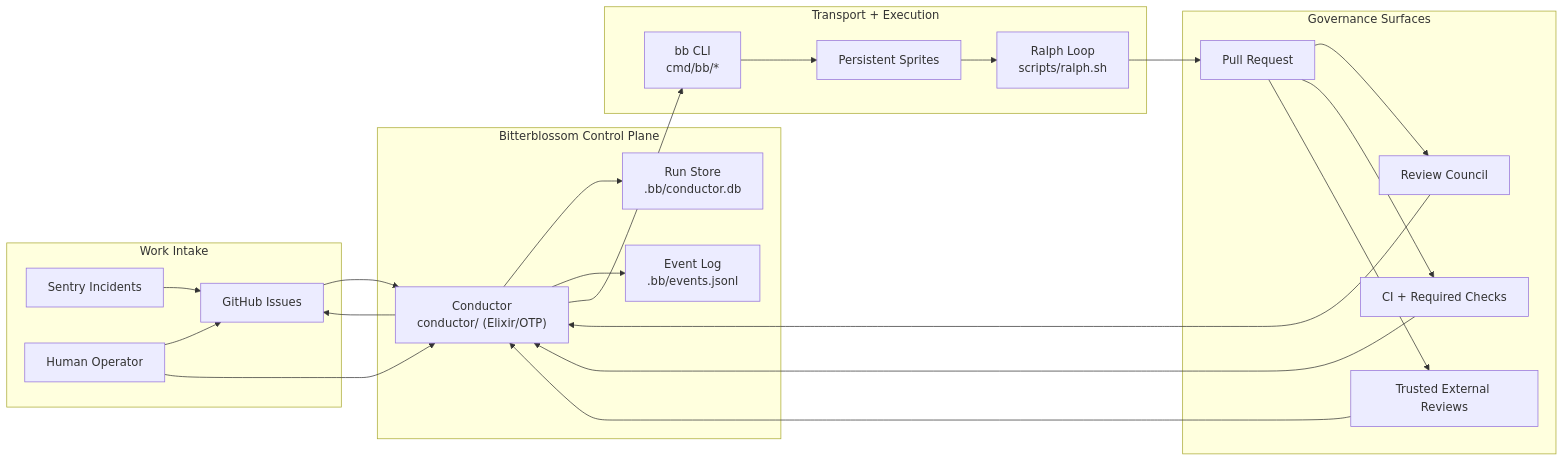
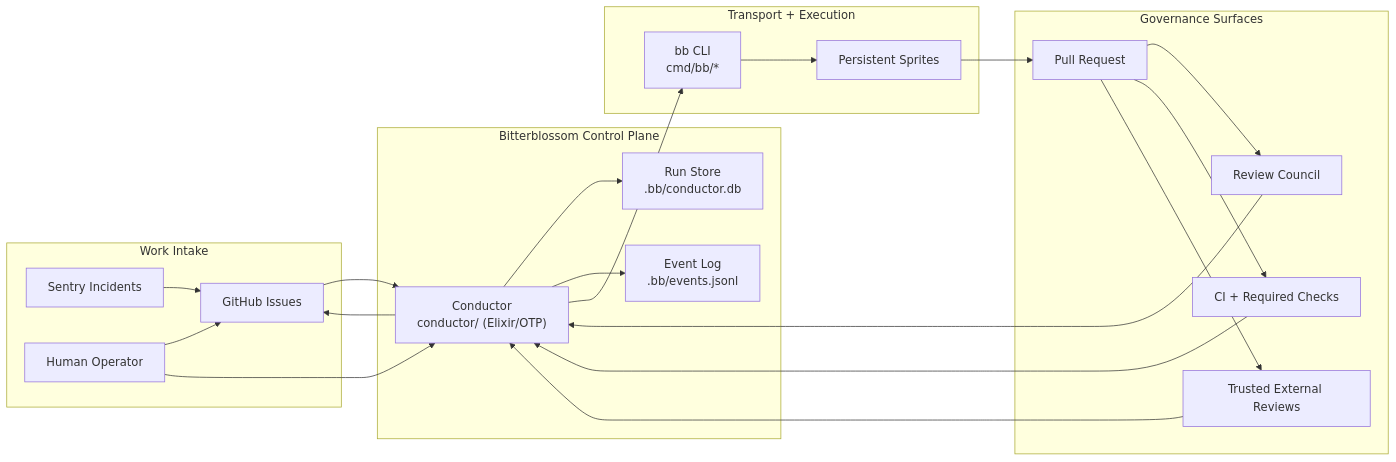
Before and after one commit to misty-step/bitterblossom: the first of 2 diagrams in docs/architecture/README.md, drawn with Mermaid. The commit also changed other lines of this file and 38 other files, not shown here.

````diff
--- a/docs/architecture/README.md
+++ b/docs/architecture/README.md
@@ -23,45 +23,43 @@
 ```mermaid
 flowchart LR
     subgraph Inputs["Work Intake"]
         GH["GitHub Issues"]
         Sentry["Sentry Incidents"]
         Ops["Human Operator"]
     end
 
     subgraph Control["Bitterblossom Control Plane"]
         Conductor["Conductor\nconductor/ (Elixir/OTP)"]
         DB["Run Store\n.bb/conductor.db"]
         Events["Event Log\n.bb/events.jsonl"]
     end
 
     subgraph Runtime["Transport + Execution"]
         BB["bb CLI\ncmd/bb/*"]
-        Ralph["Ralph Loop\nscripts/ralph.sh"]
         Sprites["Persistent Sprites"]
     end
 
     subgraph Review["Governance Surfaces"]
         PR["Pull Request"]
         CI["CI + Required Checks"]
         Council["Review Council"]
         External["Trusted External Reviews"]
     end
 
     Sentry --> GH
     GH --> Conductor
     Ops --> GH
     Ops --> Conductor
     Conductor --> DB
     Conductor --> Events
     Conductor --> BB
     BB --> Sprites
-    Sprites --> Ralph
-    Ralph --> PR
+    Sprites --> PR
     PR --> Council
     PR --> CI
     PR --> External
     Council --> Conductor
     CI --> Conductor
     External --> Conductor
     Conductor --> GH
 ```
````
